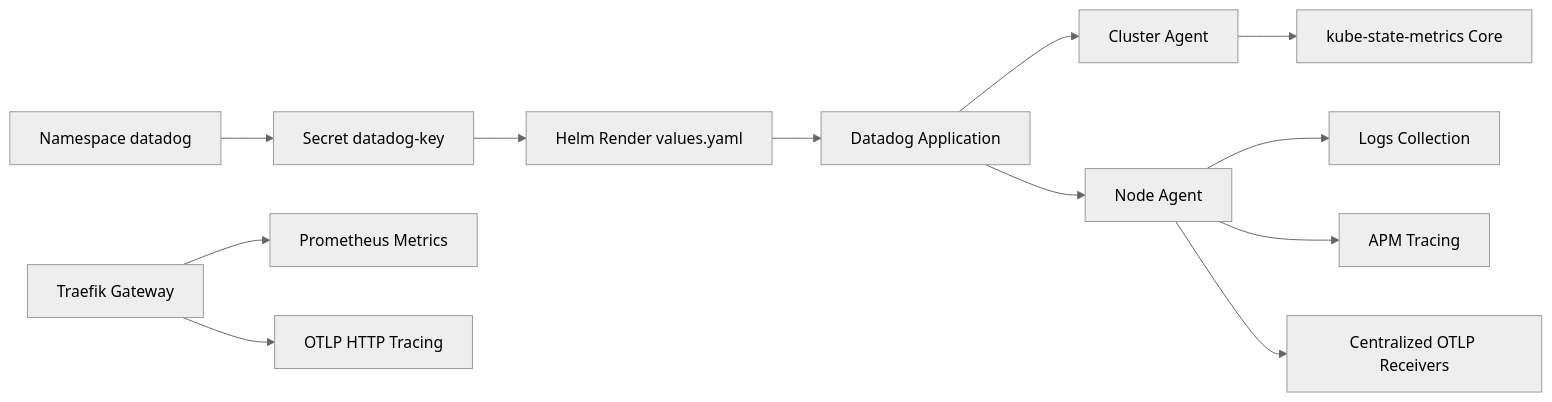
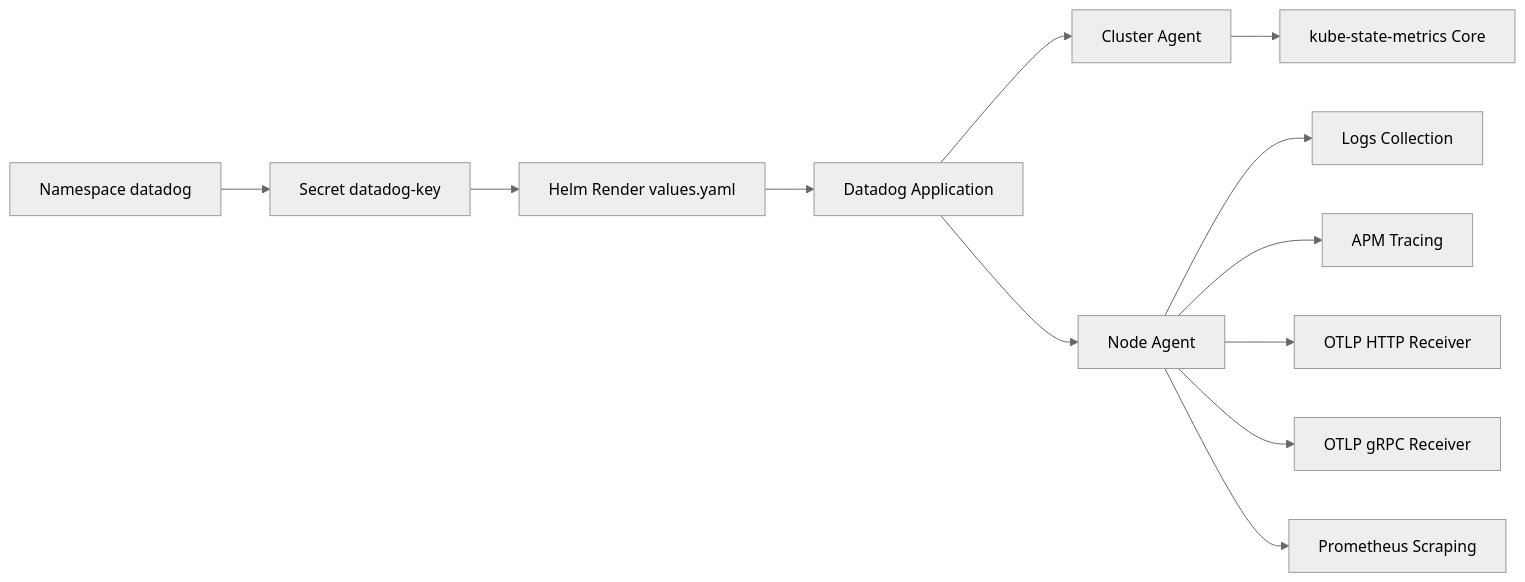
One commit to Hoangvu75/k8s_manifest changed the fourth of 4 diagrams in .qoder/repowiki/en/content/Infrastructure Applications/Datadog Monitoring Agent.md. Above: the diagram before and after it, drawn with Mermaid (neutral theme). The commit also changed other lines of this file and 31 other files, not shown here.

````diff
--- a/.qoder/repowiki/en/content/Infrastructure Applications/Datadog Monitoring Agent.md
+++ b/.qoder/repowiki/en/content/Infrastructure Applications/Datadog Monitoring Agent.md
@@ -575,14 +391,14 @@
 ```mermaid
 graph LR
 NS["Namespace datadog"] --> SECRETS["Secret datadog-key"]
 SECRETS --> HELM["Helm Render values.yaml"]
 HELM --> APP["Datadog Application"]
 APP --> CLUSTER_AGENT["Cluster Agent"]
 APP --> NODE_AGENT["Node Agent"]
 CLUSTER_AGENT --> KSM["kube-state-metrics Core"]
 NODE_AGENT --> LOGS["Logs Collection"]
 NODE_AGENT --> APM["APM Tracing"]
-NODE_AGENT --> OTLP["Centralized OTLP Receivers"]
-TRAEFIK["Traefik Gateway"] --> PROMETHEUS["Prometheus Metrics"]
-TRAEFIK --> OTLP_HTTP["OTLP HTTP Tracing"]
+NODE_AGENT --> OTLP_HTTP["OTLP HTTP Receiver"]
+NODE_AGENT --> OTLP_GRPC["OTLP gRPC Receiver"]
+NODE_AGENT --> PROM_SCRAPE["Prometheus Scraping"]
 ```
````
